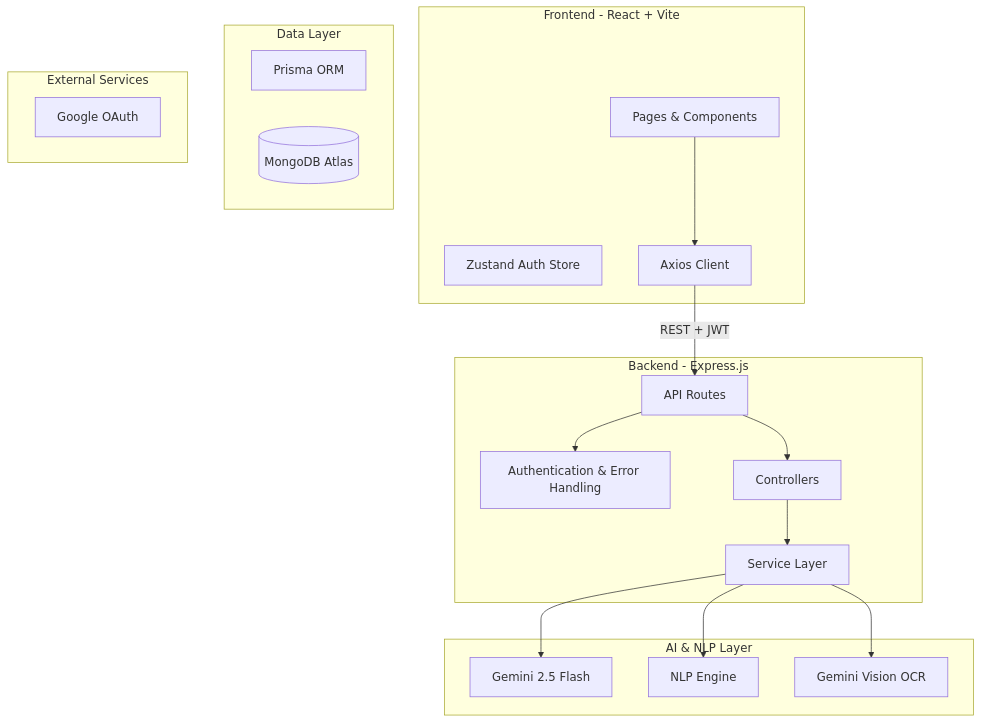
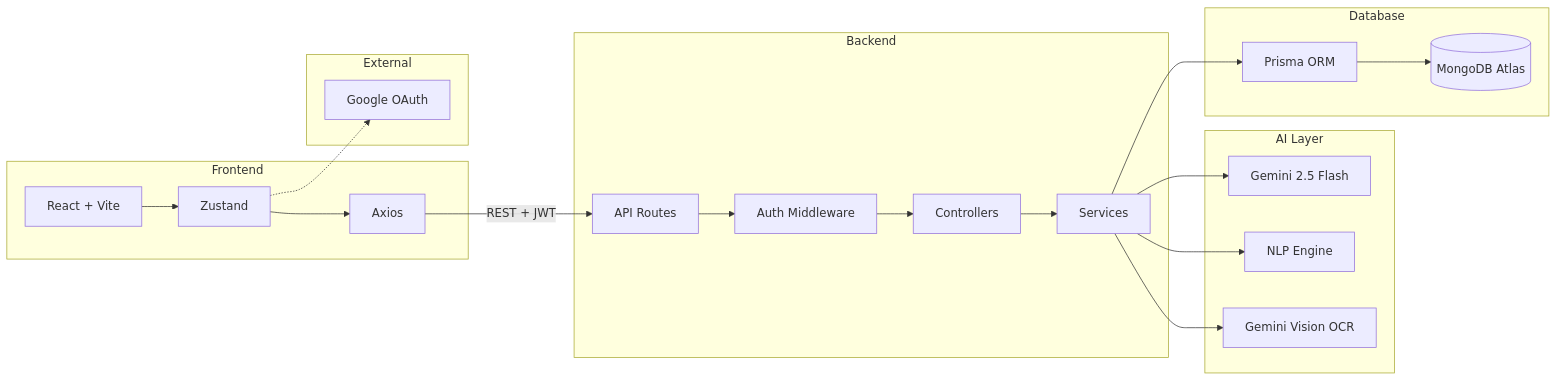
One commit to prachi3761/ai-resume-analyzer changed the diagram in README.md. Above: the diagram before and after it, drawn with Mermaid. The commit also changed other lines of this file, not shown here.

Commit message:
Revise system architecture and project structure sections
Updated system architecture diagram and project structure in README.

````diff
--- a/README.md
+++ b/README.md
@@ -181,41 +181,44 @@
 ```mermaid
-flowchart TB
+flowchart LR
 
-    subgraph Client["Frontend - React + Vite"]
-        UI["Pages & Components"]
-        Store["Zustand Auth Store"]
-        Axios["Axios Client"]
+    subgraph Client["Frontend"]
+        UI["React + Vite"]
+        Store["Zustand"]
+        Axios["Axios"]
+        UI --> Store
+        Store --> Axios
     end
 
-    subgraph Server["Backend - Express.js"]
+    subgraph Server["Backend"]
         Routes["API Routes"]
-        MW["Authentication & Error Handling"]
+        Auth["Auth Middleware"]
         Ctrl["Controllers"]
-        Svc["Service Layer"]
+        Svc["Services"]
+        Routes --> Auth
+        Auth --> Ctrl
+        Ctrl --> Svc
     end
 
-    subgraph AI["AI & NLP Layer"]
+    subgraph AI["AI Layer"]
         Gemini["Gemini 2.5 Flash"]
         NLP["NLP Engine"]
         OCR["Gemini Vision OCR"]
     end
 
-    subgraph DB["Data Layer"]
+    subgraph Data["Database"]
         Prisma["Prisma ORM"]
         Mongo[("MongoDB Atlas")]
+        Prisma --> Mongo
     end
 
-    subgraph Ext["External Services"]
-        GoogleAPI["Google OAuth"]
+    subgraph External["External"]
+        Google["Google OAuth"]
     end
 
-    UI --> Axios
     Axios -->|"REST + JWT"| Routes
-    Routes --> MW
-    Routes --> Ctrl
-    Ctrl --> Svc
-
     Svc --> Gemini
     Svc --> NLP
     Svc --> OCR
+    Svc --> Prisma
+    Store -.-> Google
 ```
````
